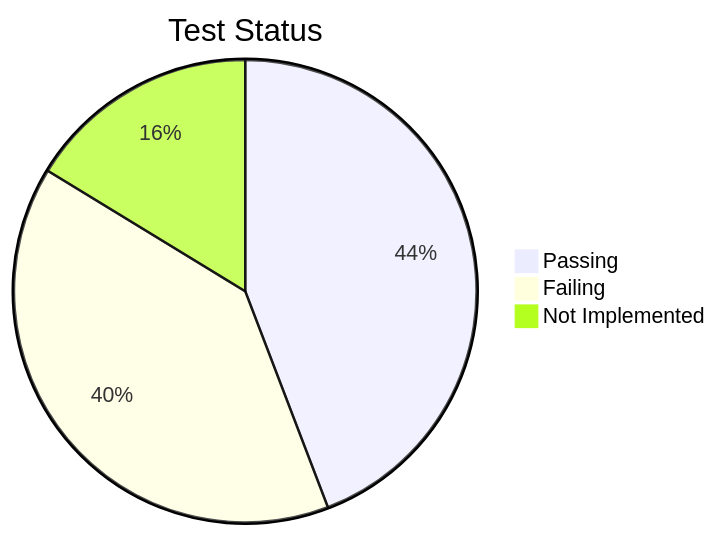
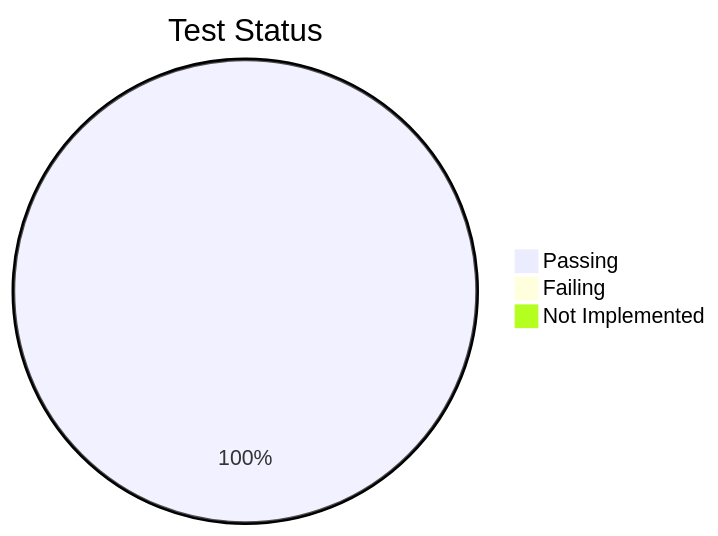
Before and after one commit to jhashemi/marketads.dataform: the second of 3 diagrams in TODO.md, drawn with Mermaid. The commit also changed other lines of this file and 17 other files, not shown here.

````diff
--- a/TODO.md
+++ b/TODO.md
@@ -39,6 +45,6 @@
 ```mermaid
 pie title Test Status
-    "Passing" : 19
-    "Failing" : 17
-    "Not Implemented" : 7
+    "Passing" : 43
+    "Failing" : 0
+    "Not Implemented" : 0
 ```
````
